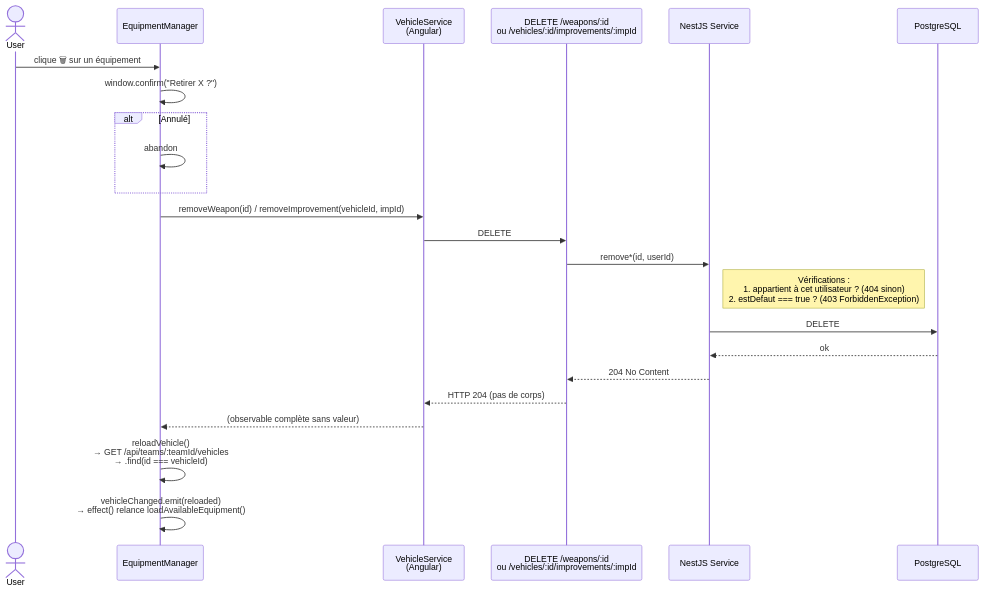
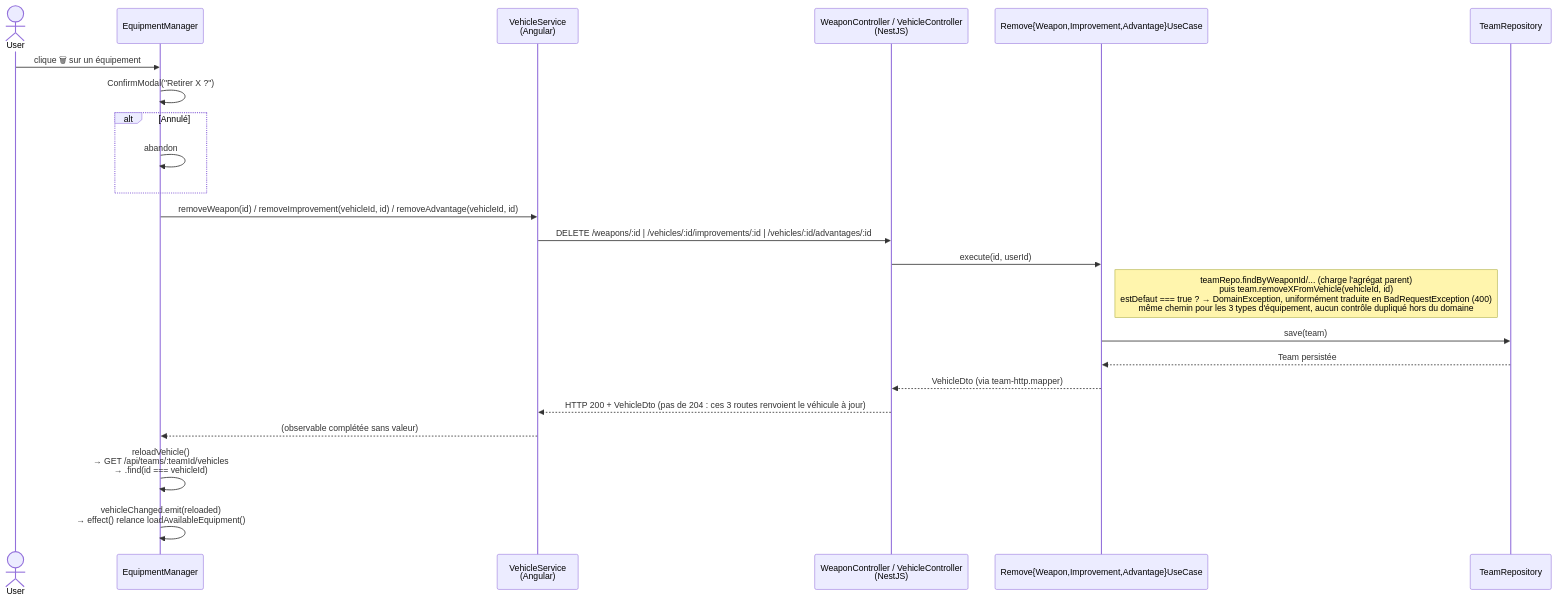
Before and after one commit to arnaudbracchetti/gaslands-manager: the sixth of 7 diagrams in docs/VEHICLE_SYSTEM.md, drawn with Mermaid. The commit also changed other lines of this file and 3 other files, not shown here.

First line of the commit message:
docs: resynchronise VEHICLE_SYSTEM.md, VEHICLES.md et CAMPAIGN.md avec le code

````diff
--- a/docs/VEHICLE_SYSTEM.md
+++ b/docs/VEHICLE_SYSTEM.md
@@ -541,28 +578,28 @@
 ```mermaid
 sequenceDiagram
     actor User
     participant EM as EquipmentManager
     participant VS as VehicleService<br/>(Angular)
-    participant API as DELETE /weapons/:id<br/>ou /vehicles/:id/improvements/:impId
-    participant BVSS as NestJS Service
-    participant DB as PostgreSQL
+    participant Ctrl as WeaponController / VehicleController<br/>(NestJS)
+    participant UC as Remove{Weapon,Improvement,Advantage}UseCase
+    participant TR as TeamRepository
 
     User->>EM: clique 🗑 sur un équipement
-    EM->>EM: window.confirm("Retirer X ?")
+    EM->>EM: ConfirmModal("Retirer X ?")
     alt Annulé
         EM->>EM: abandon
     end
 
-    EM->>VS: removeWeapon(id) / removeImprovement(vehicleId, impId)
-    VS->>API: DELETE
-    API->>BVSS: remove*(id, userId)
-    Note right of BVSS: Vérifications :<br/>1. appartient à cet utilisateur ? (404 sinon)<br/>2. estDefaut === true ? (403 ForbiddenException)
-    BVSS->>DB: DELETE
-    DB-->>BVSS: ok
-    BVSS-->>API: 204 No Content
-    API-->>VS: HTTP 204 (pas de corps)
+    EM->>VS: removeWeapon(id) / removeImprovement(vehicleId, id) / removeAdvantage(vehicleId, id)
+    VS->>Ctrl: DELETE /weapons/:id | /vehicles/:id/improvements/:id | /vehicles/:id/advantages/:id
+    Ctrl->>UC: execute(id, userId)
+    Note right of UC: teamRepo.findByWeaponId/... (charge l'agrégat parent)<br/>puis team.removeXFromVehicle(vehicleId, id)<br/>estDefaut === true ? → DomainException, uniformément traduite en BadRequestException (400)<br/>même chemin pour les 3 types d'équipement, aucun contrôle dupliqué hors du domaine
+    UC->>TR: save(team)
+    TR-->>UC: Team persistée
+    UC-->>Ctrl: VehicleDto (via team-http.mapper)
+    Ctrl-->>VS: HTTP 200 + VehicleDto (pas de 204 : ces 3 routes renvoient le véhicule à jour)
 
-    VS-->>EM: (observable complète sans valeur)
+    VS-->>EM: (observable complétée sans valeur)
     EM->>EM: reloadVehicle()<br/>→ GET /api/teams/:teamId/vehicles<br/>→ .find(id === vehicleId)
     EM->>EM: vehicleChanged.emit(reloaded)<br/>→ effect() relance loadAvailableEquipment()
 ```
````
